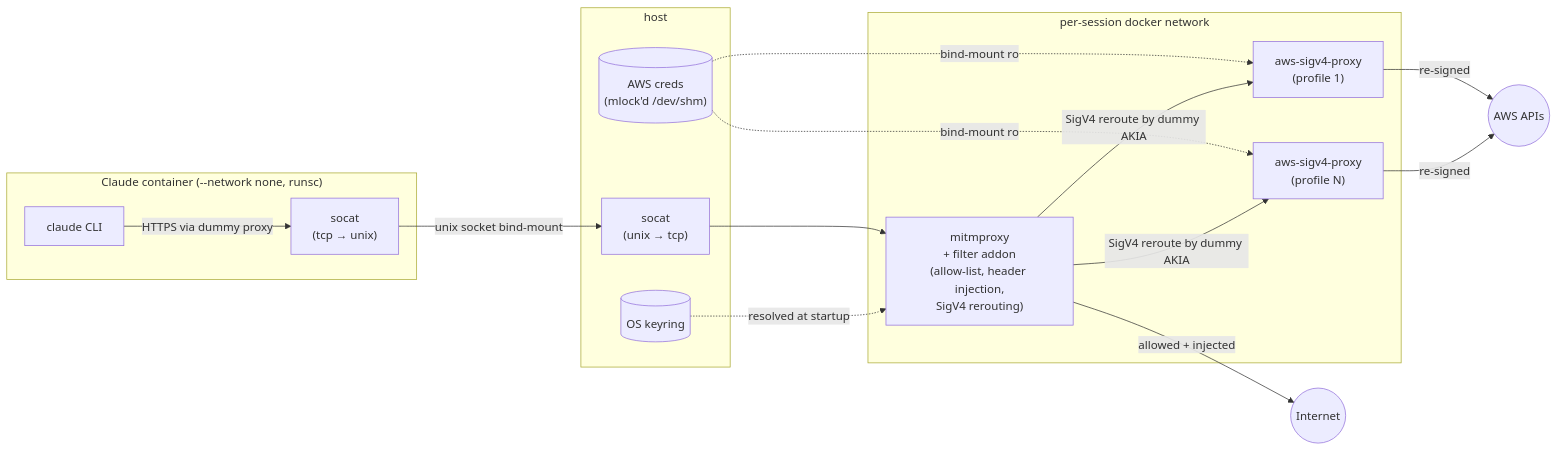
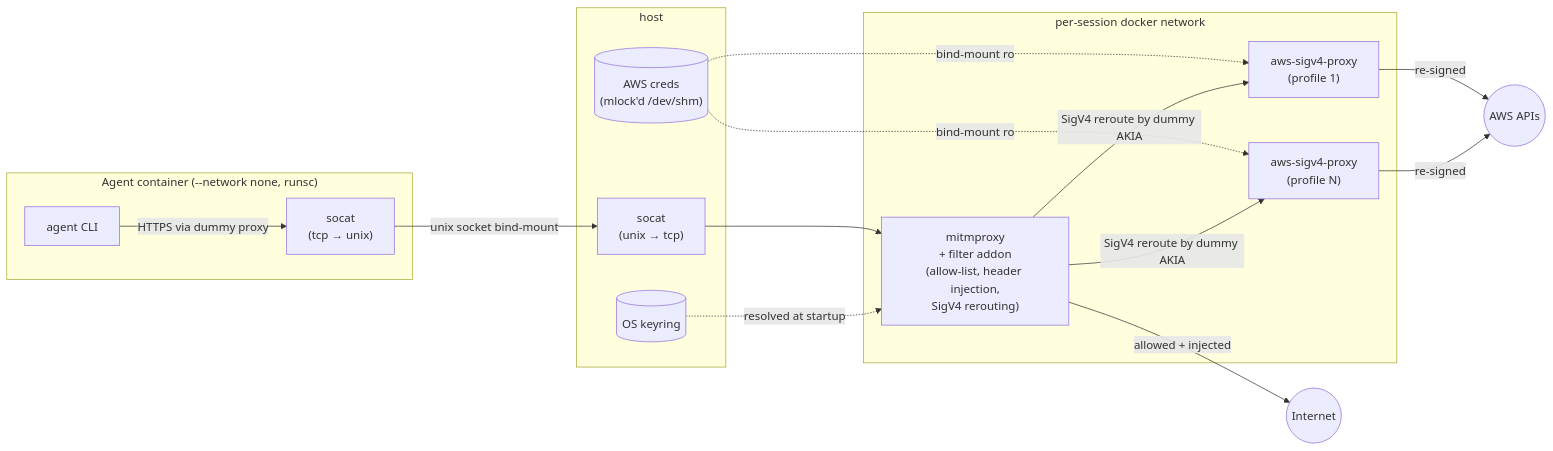
The diagram in README.md (hoo29/agent-uplink), drawn with Mermaid before and after one commit. The commit also changed other lines of this file and 18 other files, not shown here.

````diff
--- a/README.md
+++ b/README.md
@@ -11,34 +13,34 @@
 ```mermaid
 flowchart LR
     subgraph host["host"]
         keyring[("OS keyring")]
         awscreds[("AWS creds<br/>(mlock'd /dev/shm)")]
         socat["socat<br/>(unix → tcp)"]
     end
 
-    subgraph claude_ctr["Claude container (--network none, runsc)"]
-        claude["claude CLI"]
+    subgraph agent_ctr["Agent container (--network none, runsc)"]
+        agent["agent CLI"]
         csocat["socat<br/>(tcp → unix)"]
-        claude -->|HTTPS via dummy proxy| csocat
+        agent -->|HTTPS via dummy proxy| csocat
     end
 
     subgraph dnet["per-session docker network"]
         mitm["mitmproxy<br/>+ filter addon<br/>(allow-list, header injection,<br/>SigV4 rerouting)"]
         sidecar1["aws-sigv4-proxy<br/>(profile 1)"]
         sidecarN["aws-sigv4-proxy<br/>(profile N)"]
     end
 
     internet(("Internet"))
     aws(("AWS APIs"))
 
     csocat -->|unix socket bind-mount| socat
     socat --> mitm
     keyring -.->|resolved at startup| mitm
     awscreds -.->|bind-mount ro| sidecar1
     awscreds -.->|bind-mount ro| sidecarN
     mitm -->|allowed + injected| internet
     mitm -->|SigV4 reroute by dummy AKIA| sidecar1
     mitm -->|SigV4 reroute by dummy AKIA| sidecarN
     sidecar1 -->|re-signed| aws
     sidecarN -->|re-signed| aws
 ```
````
